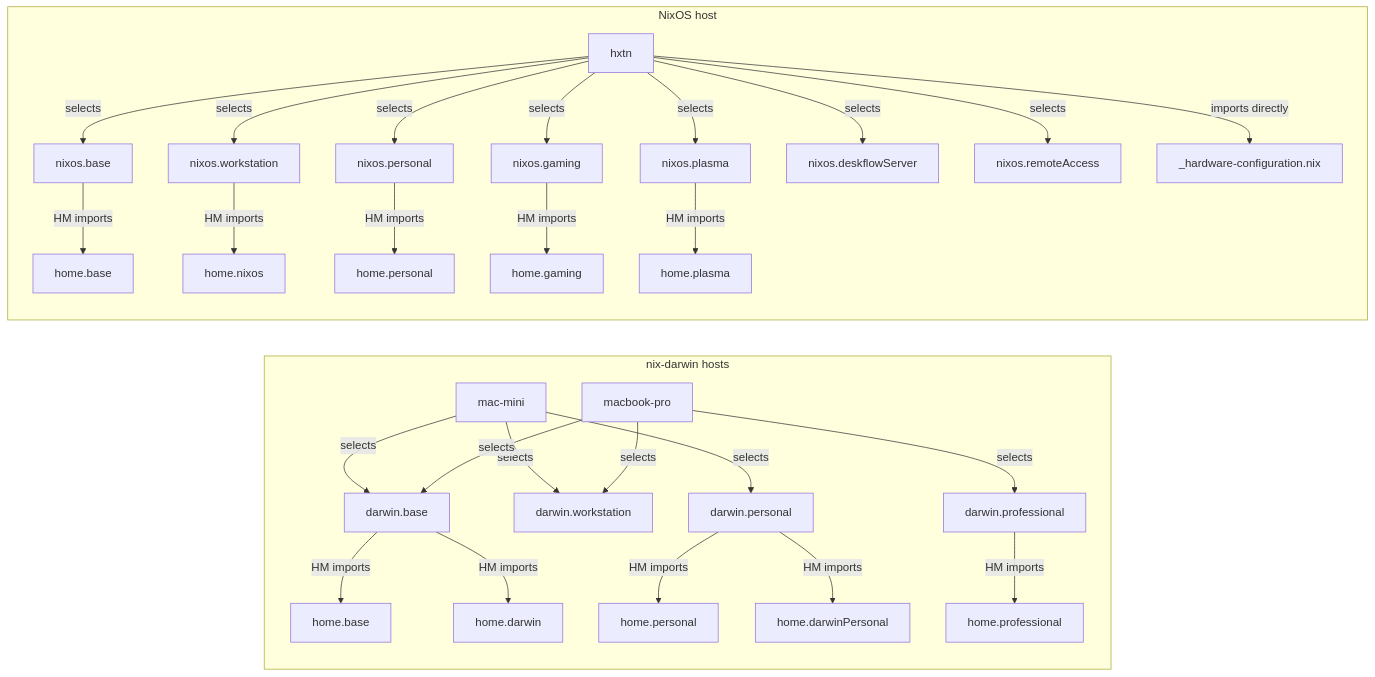
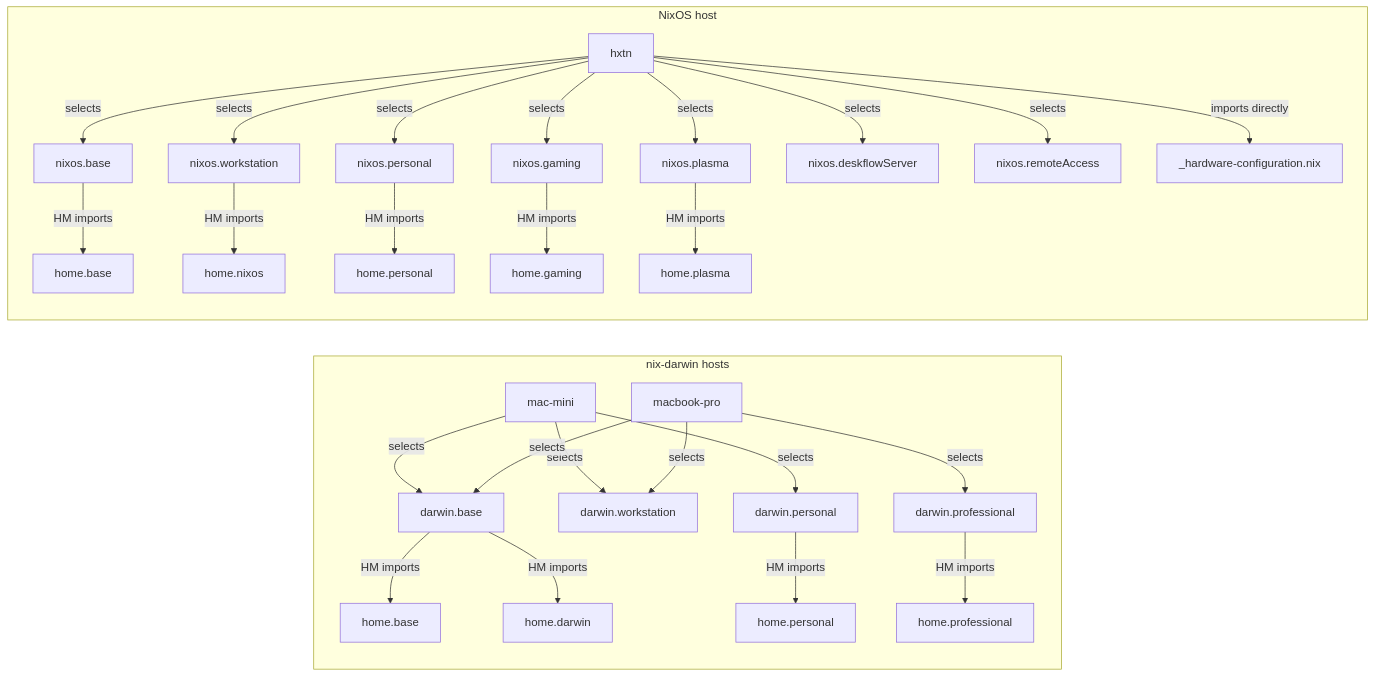
The second of 2 diagrams in docs/module-loading.md (thomashexton/nixfiles), drawn with Mermaid before and after one commit. The commit also changed other lines of this file and 38 other files, not shown here.

````diff
--- a/docs/module-loading.md
+++ b/docs/module-loading.md
@@ -57,39 +58,38 @@
 ```mermaid
 flowchart LR
     subgraph Darwin["nix-darwin hosts"]
         Mini["mac-mini"]
         MBP["macbook-pro"]
 
         Mini -->|"selects"| DB["darwin.base"]
         Mini -->|"selects"| DW["darwin.workstation"]
         Mini -->|"selects"| DP["darwin.personal"]
 
         MBP -->|"selects"| DB
         MBP -->|"selects"| DW
         MBP -->|"selects"| DPro["darwin.professional"]
 
         DB -->|"HM imports"| HB["home.base"]
         DB -->|"HM imports"| HD["home.darwin"]
         DP -->|"HM imports"| HP["home.personal"]
-        DP -->|"HM imports"| HDP["home.darwinPersonal"]
         DPro -->|"HM imports"| HPro["home.professional"]
     end
 
     subgraph NixOS["NixOS host"]
         Hxtn["hxtn"]
         Hxtn -->|"selects"| NB["nixos.base"]
         Hxtn -->|"selects"| NW["nixos.workstation"]
         Hxtn -->|"selects"| NP["nixos.personal"]
         Hxtn -->|"selects"| NG["nixos.gaming"]
         Hxtn -->|"selects"| NPlasma["nixos.plasma"]
         Hxtn -->|"selects"| ND["nixos.deskflowServer"]
         Hxtn -->|"selects"| NR["nixos.remoteAccess"]
         Hxtn -->|"imports directly"| HW["_hardware-configuration.nix"]
 
         NB -->|"HM imports"| HB2["home.base"]
         NW -->|"HM imports"| HN["home.nixos"]
         NP -->|"HM imports"| HP2["home.personal"]
         NG -->|"HM imports"| HG["home.gaming"]
         NPlasma -->|"HM imports"| HPlasma["home.plasma"]
     end
 ```
````
